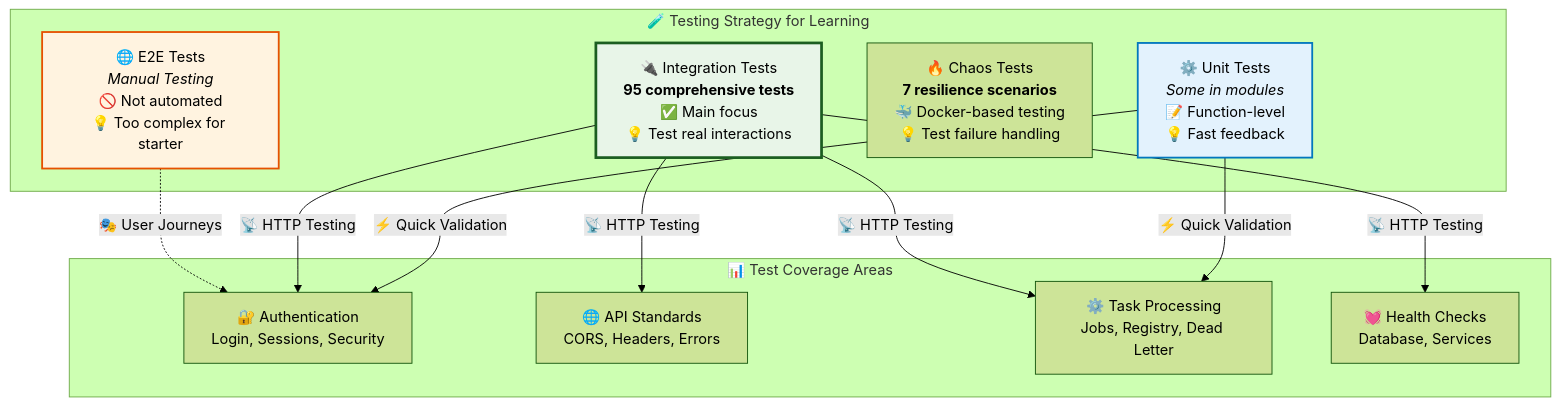
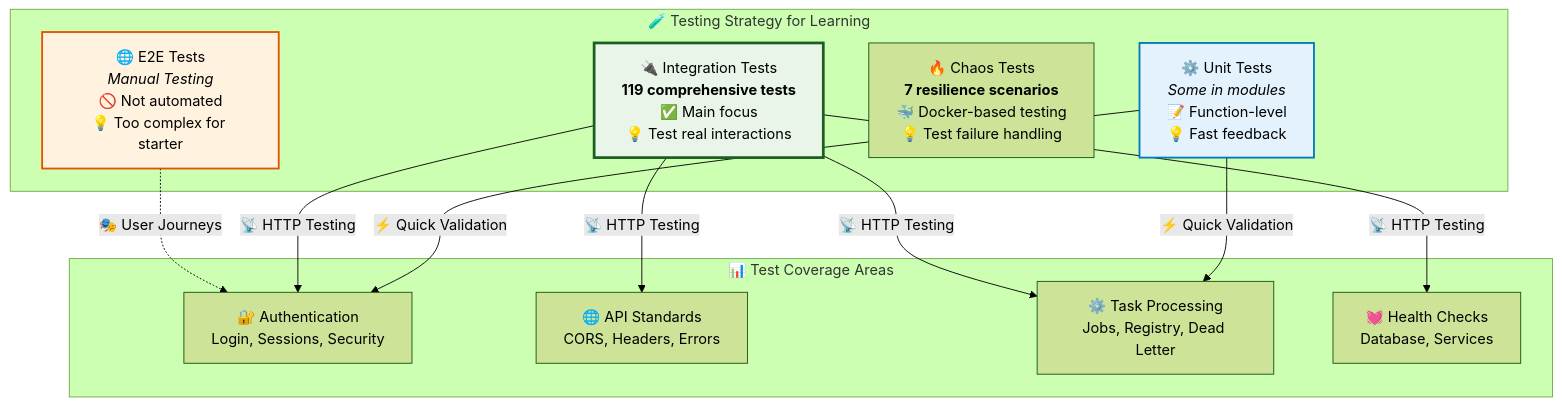
One commit to quanhua92/rust-fullstack-starter changed the second of 2 diagrams in docs/guides/08-testing.md. Above: the diagram before and after it, drawn with Mermaid (forest theme). The commit also changed other lines of this file and 11 other files, not shown here.

````diff
--- a/docs/guides/08-testing.md
+++ b/docs/guides/08-testing.md
@@ -99,35 +99,35 @@
 ```mermaid
 graph TD
     subgraph "🧪 Testing Strategy for Learning"
         E2E[🌐 E2E Tests<br/><i>Manual Testing</i><br/>🚫 Not automated<br/>💡 Too complex for starter]
         
-        INTEGRATION[🔌 Integration Tests<br/><b>95 comprehensive tests</b><br/>✅ Main focus<br/>💡 Test real interactions]
+        INTEGRATION[🔌 Integration Tests<br/><b>119 comprehensive tests</b><br/>✅ Main focus<br/>💡 Test real interactions]
         
         CHAOS[🔥 Chaos Tests<br/><b>7 resilience scenarios</b><br/>🐳 Docker-based testing<br/>💡 Test failure handling]
         
         UNIT[⚙️ Unit Tests<br/><i>Some in modules</i><br/>📝 Function-level<br/>💡 Fast feedback]
     end
     
     subgraph "📊 Test Coverage Areas"
         AUTH_T[🔐 Authentication<br/>Login, Sessions, Security]
         API_T[🌐 API Standards<br/>CORS, Headers, Errors]
         TASK_T[⚙️ Task Processing<br/>Jobs, Registry, Dead Letter]
         HEALTH_T[💓 Health Checks<br/>Database, Services]
     end
     
     E2E -.->|🎭 User Journeys| AUTH_T
     INTEGRATION -->|📡 HTTP Testing| AUTH_T
     INTEGRATION -->|📡 HTTP Testing| API_T
     INTEGRATION -->|📡 HTTP Testing| TASK_T
     INTEGRATION -->|📡 HTTP Testing| HEALTH_T
     UNIT -->|⚡ Quick Validation| AUTH_T
     UNIT -->|⚡ Quick Validation| TASK_T
     
     classDef focusBox fill:#e8f5e8,stroke:#1b5e20,stroke-width:3px
     classDef supportBox fill:#e3f2fd,stroke:#0277bd,stroke-width:2px
     classDef manualBox fill:#fff3e0,stroke:#e65100,stroke-width:2px
     
     class INTEGRATION focusBox
     class UNIT supportBox
     class E2E manualBox
 ```
````
